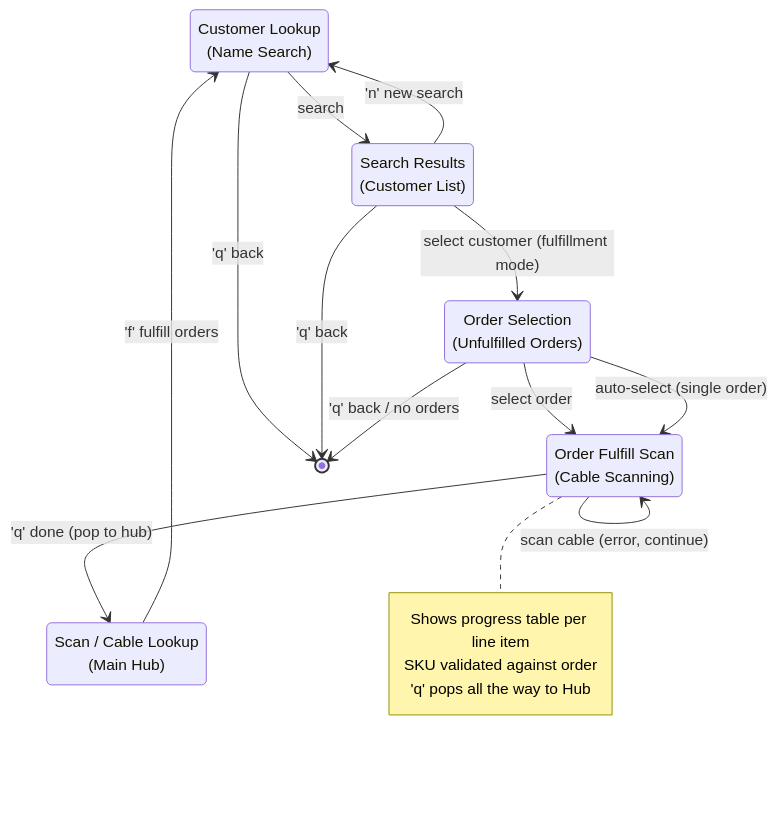
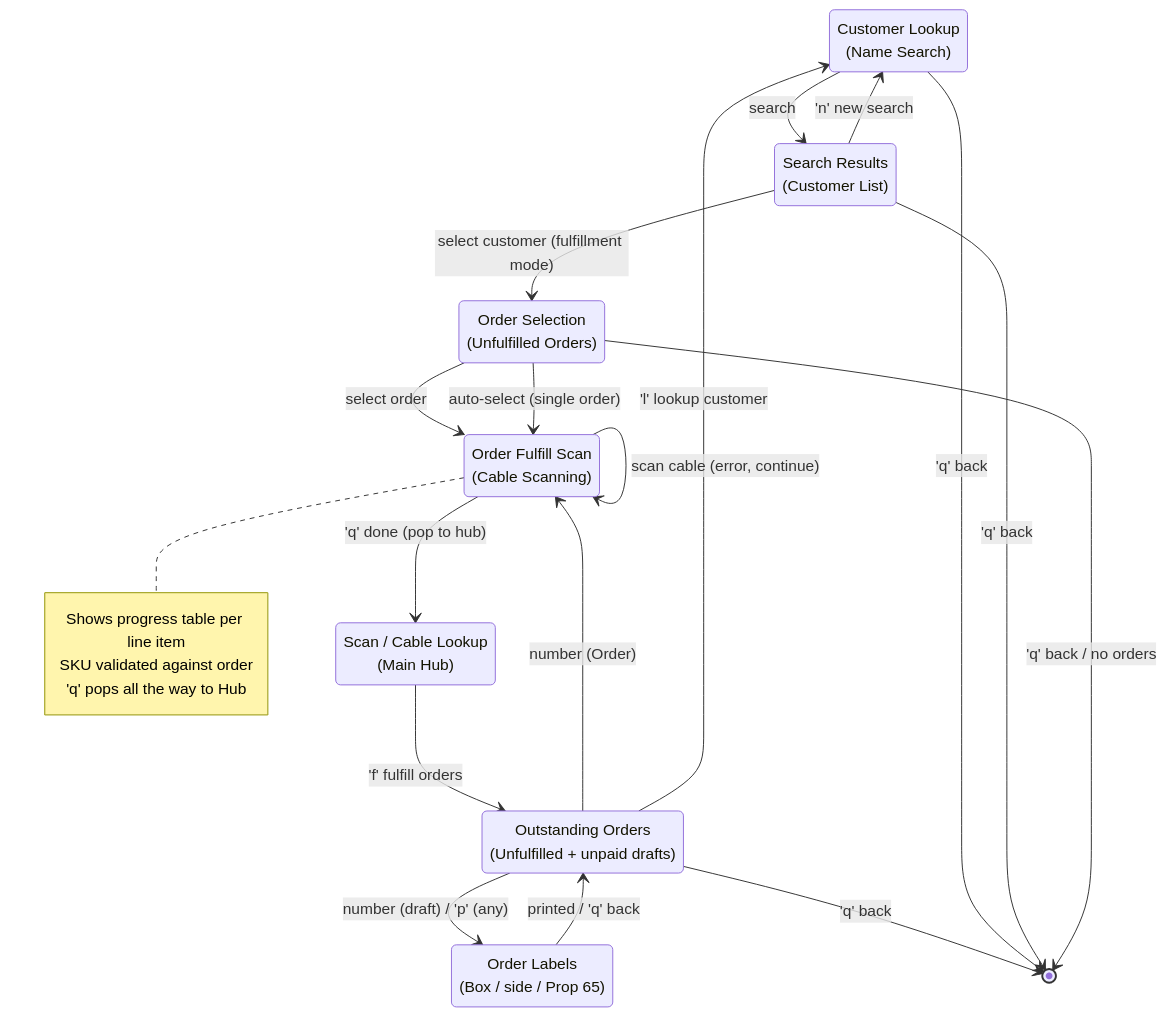
The fifth of 10 diagrams in docs/UI_FLOWS.md (crunchywelch/sundial_greenlight), drawn with Mermaid before and after one commit. The commit also changed other lines of this file and 7 other files, not shown here.

First line of the commit message:
Fold order labels into fulfillment: one list of outstanding work

````diff
--- a/docs/UI_FLOWS.md
+++ b/docs/UI_FLOWS.md
@@ -165,36 +165,43 @@
 ```mermaid
 stateDiagram-v2
     state "Customer Lookup<br/>(Name Search)" as CustLookup
     state "Search Results<br/>(Customer List)" as CustResults
     state "Order Selection<br/>(Unfulfilled Orders)" as OrderSelect
     state "Order Fulfill Scan<br/>(Cable Scanning)" as FulfillScan
     state "Scan / Cable Lookup<br/>(Main Hub)" as Hub
+    state "Outstanding Orders<br/>(Unfulfilled + unpaid drafts)" as OrderList
+    state "Order Labels<br/>(Box / side / Prop 65)" as OrderLabels
 
     %% --- Entry from Hub 'f' (fulfillment mode) ---
-    Hub --> CustLookup: 'f' fulfill orders
+    Hub --> OrderList: 'f' fulfill orders
+    OrderList --> FulfillScan: number (Order)
+    OrderList --> OrderLabels: number (draft) / 'p<n>' (any)
+    OrderList --> CustLookup: 'l' lookup customer
+    OrderList --> [*]: 'q' back
+    OrderLabels --> OrderList: printed / 'q' back
 
     CustLookup --> CustResults: search
     CustLookup --> [*]: 'q' back
 
     %% --- Fulfillment mode skips Customer Detail ---
     CustResults --> OrderSelect: select customer (fulfillment mode)
     CustResults --> CustLookup: 'n' new search
     CustResults --> [*]: 'q' back
 
     %% --- Order selection ---
     OrderSelect --> FulfillScan: select order
     OrderSelect --> FulfillScan: auto-select (single order)
     OrderSelect --> [*]: 'q' back / no orders
 
     %% --- Fulfillment scanning loop ---
     FulfillScan --> FulfillScan: scan cable (success, SKU matches)
     FulfillScan --> FulfillScan: scan cable (override assigned)
     FulfillScan --> FulfillScan: scan cable (error, continue)
     FulfillScan --> Hub: 'q' done (pop to hub)
 
     note right of FulfillScan
         Shows progress table per line item
         SKU validated against order
         'q' pops all the way to Hub
     end note
 ```
````
